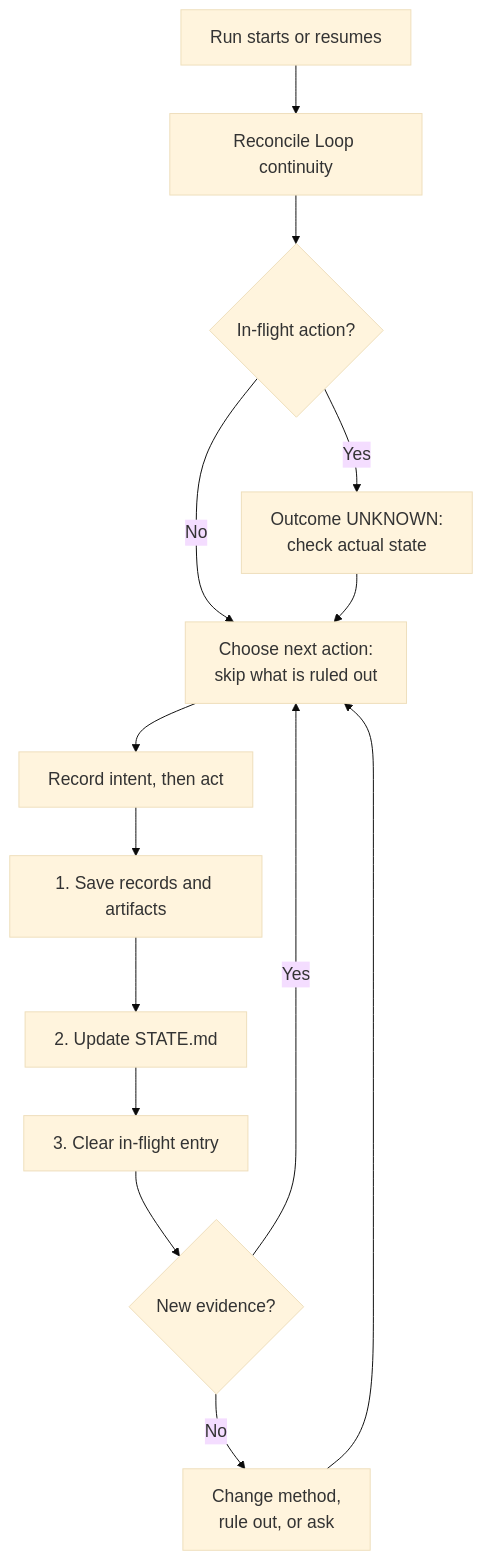
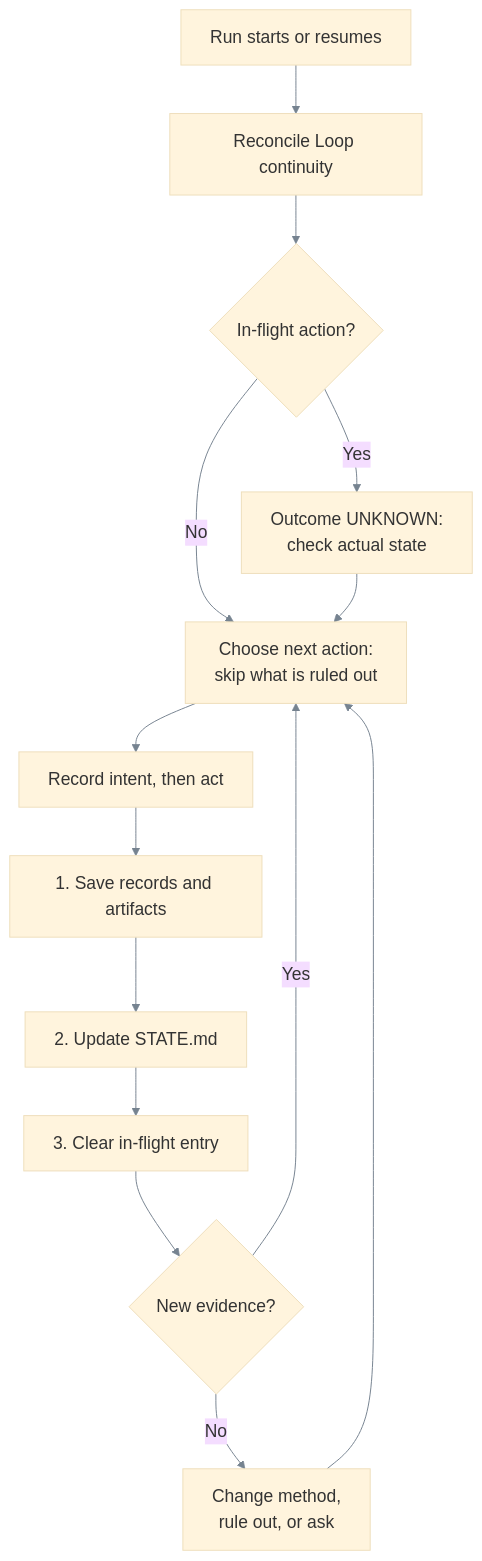
The second of 2 diagrams in README.md (TungDoIt/agentic-research-template), drawn with Mermaid before and after one commit. The commit also changed other lines of this file and 1 other file, not shown here.

Commit message:
Make README diagram connection lines readable in dark mode
The diagrams set theme: 'base', whose default lineColor is #333333. That reads
at 12.63:1 on GitHub's light canvas but only 1.50:1 on dark #0d1117 and 1.19:1
on dark-dimmed #22272e, so the connection lines were effectively invisible to
dark-mode readers.

Sets an explicit lineColor of #768390, chosen by computing WCAG
relative-luminance contrast rather than by eye:

  light #ffffff        3.87:1
  dark #0d1117         4.88:1
  dark-dimmed #22272e  3.88:1
  base node fill       3.32:1   (where an edge crosses a node)

All clear the 3:1 threshold for non-text graphical elements. For comparison,
GitHub's own light-mode muted grey #57606a scores 2.96:1 on dark and 2.35:1 on
dark-dimmed, which is the single-mode trap this avoids.

Only the line colour changes. The theme, the node fills, and fontSize are all
untouched, so the blocks render exactly as before.

Claude-Session: https://claude.ai/code/session_017ZWv8asumk5836wNLviEo1

````diff
--- a/README.md
+++ b/README.md
@@ -112,17 +112,17 @@
 ```mermaid
-%%{init: {'theme': 'base', 'themeVariables': {'fontSize': '18px'}}}%%
+%%{init: {'theme': 'base', 'themeVariables': {'fontSize': '18px', 'lineColor': '#768390'}}}%%
 flowchart TD
     R[Run starts or resumes] --> RC[Reconcile Loop continuity]
     RC --> IF{In-flight action?}
     IF -->|Yes| VF[Outcome UNKNOWN:<br/>check actual state]
     IF -->|No| CH[Choose next action:<br/>skip what is ruled out]
     VF --> CH
     CH --> WA[Record intent, then act]
     WA --> WR[1. Save records and artifacts]
     WR --> US[2. Update STATE.md]
     US --> CL[3. Clear in-flight entry]
     CL --> PG{New evidence?}
     PG -->|Yes| CH
     PG -->|No| ES[Change method,<br/>rule out, or ask]
     ES --> CH
 ```
````
